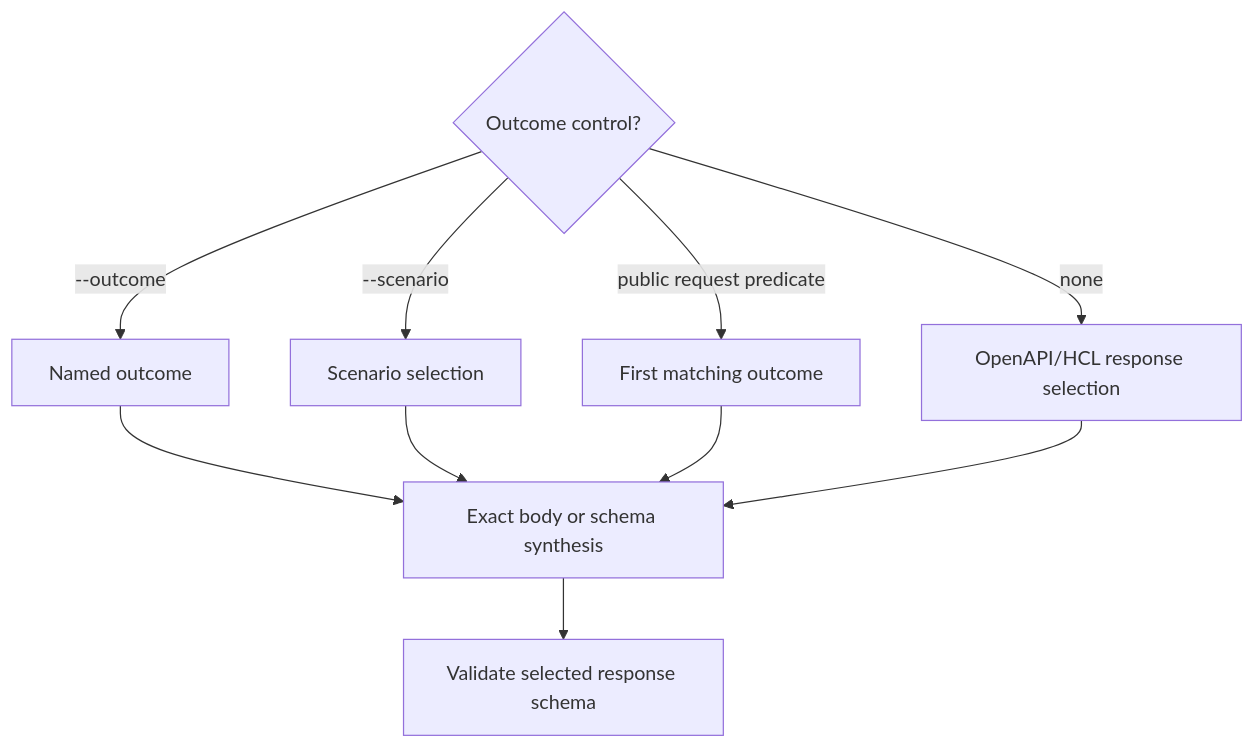
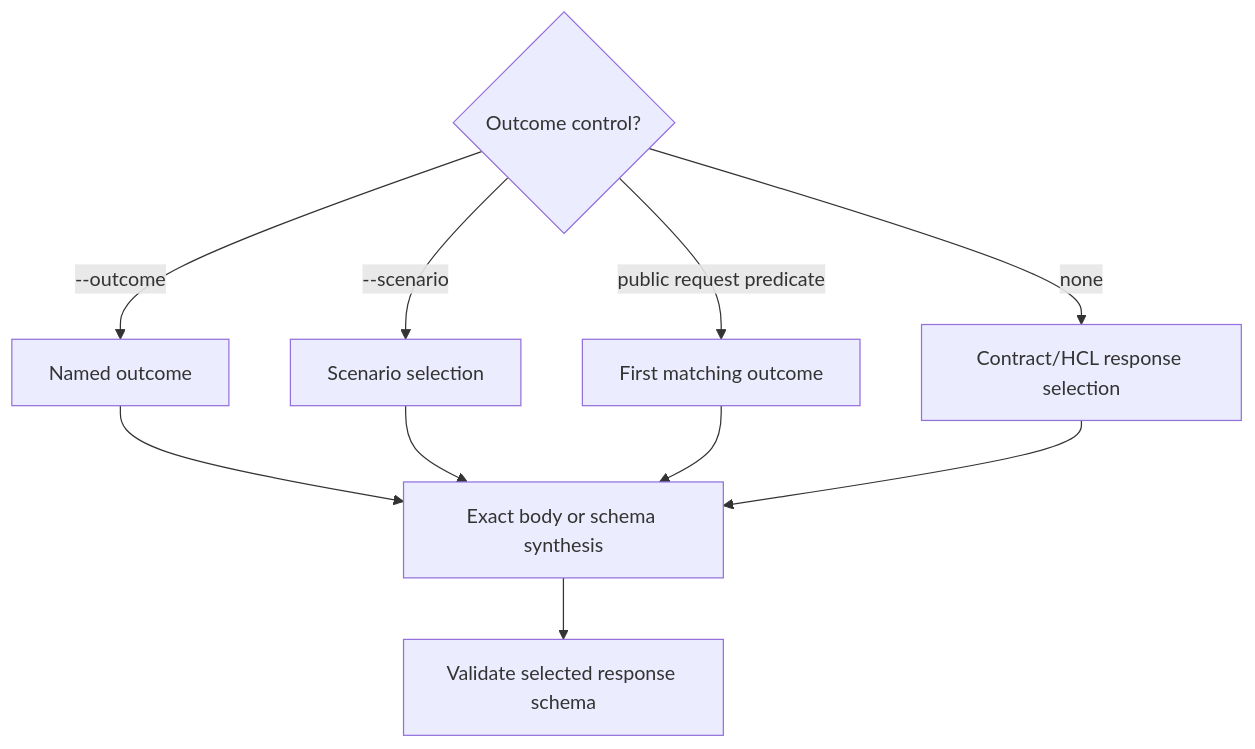
One commit to inttegro/simile changed the diagram in docs/outcome-fidelity.md. Above: the diagram before and after it, drawn with Mermaid. The commit also changed other lines of this file and 24 other files, not shown here.

````diff
--- a/docs/outcome-fidelity.md
+++ b/docs/outcome-fidelity.md
@@ -36,13 +38,13 @@
 ```mermaid
 flowchart TD
   Select{Outcome control?}
   Select -->|--outcome| Named[Named outcome]
   Select -->|--scenario| Scenario[Scenario selection]
   Select -->|public request predicate| Predicate[First matching outcome]
-  Select -->|none| Default[OpenAPI/HCL response selection]
+  Select -->|none| Default[Contract/HCL response selection]
   Named --> Body[Exact body or schema synthesis]
   Scenario --> Body
   Predicate --> Body
   Default --> Body
   Body --> Validate[Validate selected response schema]
 ```
````
